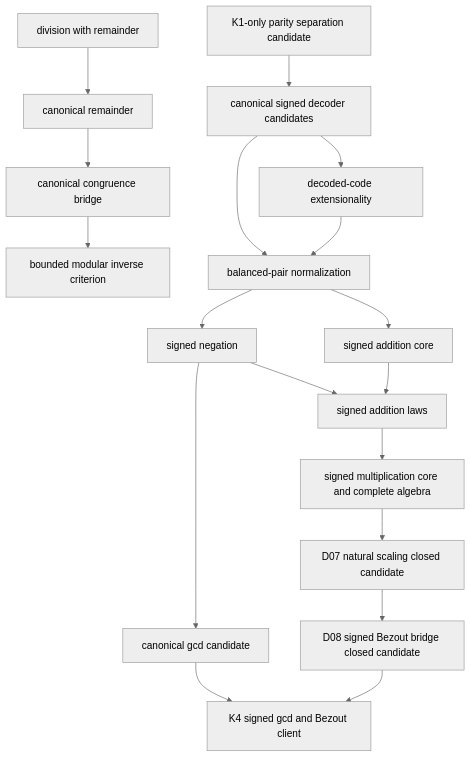
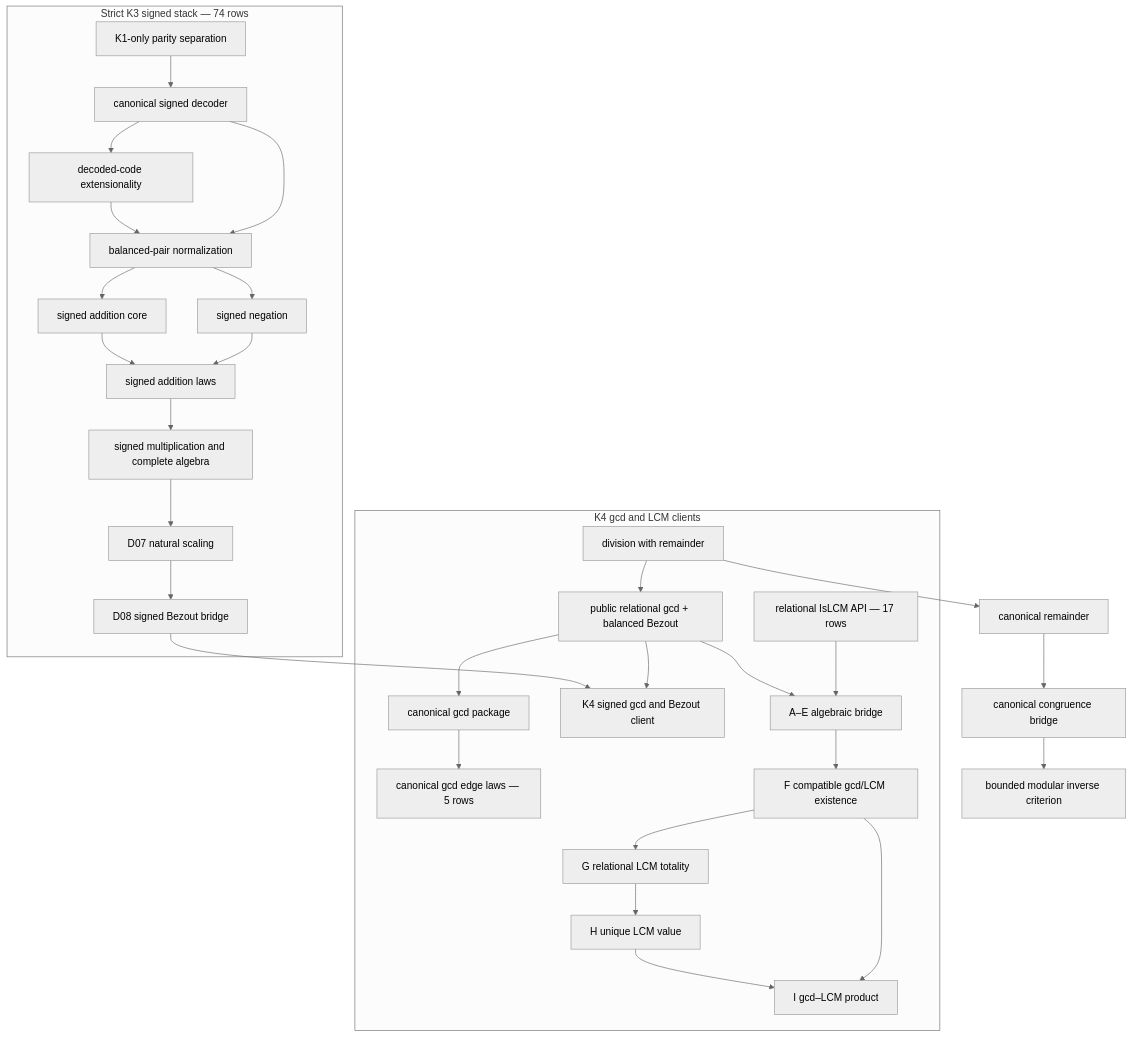
One commit to nasqret/vietnam2026 changed the diagram in vault/concepts/strict-ha-number-theory-campaign.md. Above: the diagram before and after it, drawn with Mermaid (neutral theme). The commit also changed other lines of this file and 15 other files, not shown here.

Commit message:
Close canonical gcd and lcm in HA

````diff
--- a/vault/concepts/strict-ha-number-theory-campaign.md
+++ b/vault/concepts/strict-ha-number-theory-campaign.md
@@ -39,20 +38,33 @@
 ```mermaid
 flowchart TD
   D[division with remainder] --> R[canonical remainder]
   R --> C[canonical congruence bridge]
   C --> I[bounded modular inverse criterion]
-  G[relational IsGCD] --> CG[canonical gcd candidate]
-  P[K1-only parity separation candidate] --> S[canonical signed decoder candidates]
-  S --> E[decoded-code extensionality]
-  S --> N[balanced-pair normalization]
-  E --> N
-  N --> G[signed negation]
-  N --> A[signed addition core]
-  G --> L[signed addition laws]
-  A --> L
-  L --> M[signed multiplication core and complete algebra]
-  M --> D7[D07 natural scaling closed candidate]
-  D7 --> B[D08 signed Bezout bridge closed candidate]
-  CG --> SG[K4 signed gcd and Bezout client]
-  B --> SG
+  subgraph K3[Strict K3 signed stack — 74 rows]
+    P[K1-only parity separation] --> S[canonical signed decoder]
+    S --> E[decoded-code extensionality]
+    S --> N[balanced-pair normalization]
+    E --> N
+    N --> SN[signed negation]
+    N --> A[signed addition core]
+    SN --> AL[signed addition laws]
+    A --> AL
+    AL --> M[signed multiplication and complete algebra]
+    M --> D7[D07 natural scaling]
+    D7 --> SB[D08 signed Bezout bridge]
+  end
+  subgraph K4[K4 gcd and LCM clients]
+    D --> RG
+    RG[public relational gcd + balanced Bezout] --> CG[canonical gcd package]
+    CG --> GE[canonical gcd edge laws — 5 rows]
+    RG --> SG[K4 signed gcd and Bezout client]
+    SB --> SG
+    RL[relational IsLCM API — 17 rows] --> BF[A–E algebraic bridge]
+    RG --> BF
+    BF --> CE[F compatible gcd/LCM existence]
+    CE --> LT[G relational LCM totality]
+    LT --> LU[H unique LCM value]
+    CE --> GP[I gcd–LCM product]
+    LU --> GP
+  end
 ```
````
